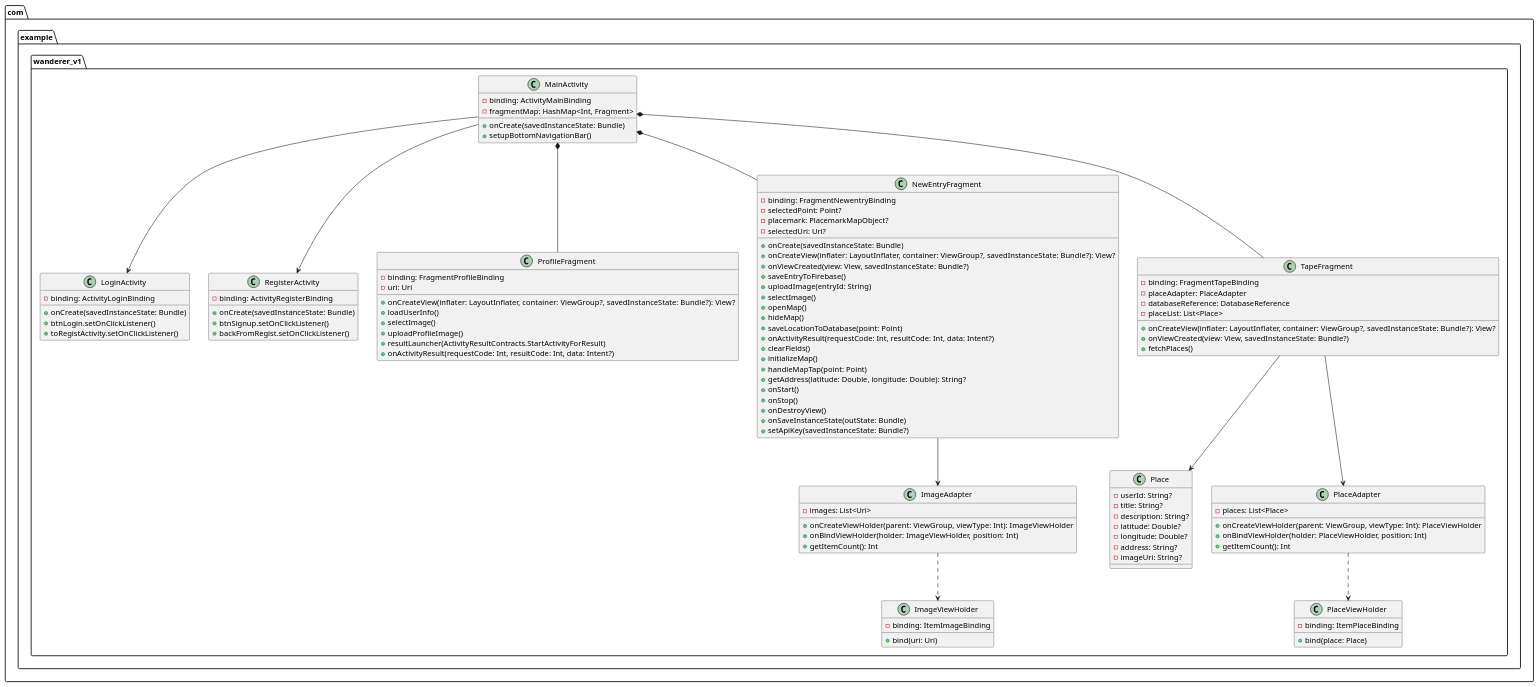
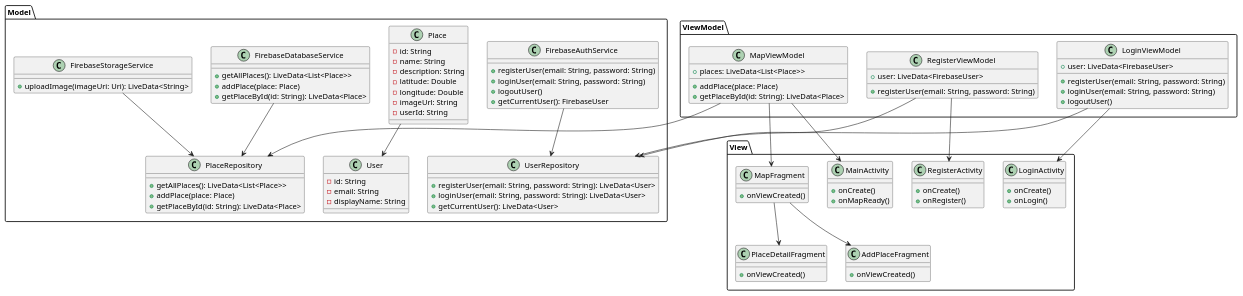
One commit to SergeyShchur/wanderer_v1 changed the diagram in app/src/main/java/com/example/wanderer_v1/uml/class_diagram.puml. Above: the diagram before and after it, drawn with PlantUML. The commit also changed other lines of this file and 22 other files, not shown here.

```diff
--- a/app/src/main/java/com/example/wanderer_v1/uml/class_diagram.puml
+++ b/app/src/main/java/com/example/wanderer_v1/uml/class_diagram.puml
@@ -1,123 +1,113 @@
 @startuml
 
-package com.example.wanderer_v1 {
-    class MainActivity {
-        - binding: ActivityMainBinding
-        - fragmentMap: HashMap<Int, Fragment>
-        + onCreate(savedInstanceState: Bundle)
-        + setupBottomNavigationBar()
-    }
+package "Model" {
+  class Place {
+    - id: String
+    - name: String
+    - description: String
+    - latitude: Double
+    - longitude: Double
+    - imageUrl: String
+    - userId: String
+  }
 
-    class LoginActivity {
-        - binding: ActivityLoginBinding
-        + onCreate(savedInstanceState: Bundle)
-        + btnLogin.setOnClickListener()
-        + toRegistActivity.setOnClickListener()
-    }
+  class User {
+    - id: String
+    - email: String
+    - displayName: String
+  }
 
-    class RegisterActivity {
-        - binding: ActivityRegisterBinding
-        + onCreate(savedInstanceState: Bundle)
-        + btnSignup.setOnClickListener()
-        + backFromRegist.setOnClickListener()
-    }
+  class PlaceRepository {
+    + getAllPlaces(): LiveData<List<Place>>
+    + addPlace(place: Place)
+    + getPlaceById(id: String): LiveData<Place>
+  }
 
-    class ProfileFragment {
-        - binding: FragmentProfileBinding
-        - uri: Uri
-        + onCreateView(inflater: LayoutInflater, container: ViewGroup?, savedInstanceState: Bundle?): View?
-        + loadUserInfo()
-        + selectImage()
-        + uploadProfileImage()
-        + resultLauncher(ActivityResultContracts.StartActivityForResult)
-        + onActivityResult(requestCode: Int, resultCode: Int, data: Intent?)
-    }
+  class UserRepository {
+    + registerUser(email: String, password: String): LiveData<User>
+    + loginUser(email: String, password: String): LiveData<User>
+    + getCurrentUser(): LiveData<User>
+  }
 
-    class NewEntryFragment {
-        - binding: FragmentNewentryBinding
-        - selectedPoint: Point?
-        - placemark: PlacemarkMapObject?
-        - selectedUri: Uri?
-        + onCreate(savedInstanceState: Bundle)
-        + onCreateView(inflater: LayoutInflater, container: ViewGroup?, savedInstanceState: Bundle?): View?
-        + onViewCreated(view: View, savedInstanceState: Bundle?)
-        + saveEntryToFirebase()
-        + uploadImage(entryId: String)
-        + selectImage()
-        + openMap()
-        + hideMap()
-        + saveLocationToDatabase(point: Point)
-        + onActivityResult(requestCode: Int, resultCode: Int, data: Intent?)
-        + clearFields()
-        + initializeMap()
-        + handleMapTap(point: Point)
-        + getAddress(latitude: Double, longitude: Double): String?
-        + onStart()
-        + onStop()
-        + onDestroyView()
-        + onSaveInstanceState(outState: Bundle)
-        + setApiKey(savedInstanceState: Bundle?)
-    }
+  class FirebaseAuthService {
+    + registerUser(email: String, password: String)
+    + loginUser(email: String, password: String)
+    + logoutUser()
+    + getCurrentUser(): FirebaseUser
+  }
 
-    class Place {
-        - userId: String?
-        - title: String?
-        - description: String?
-        - latitude: Double?
-        - longitude: Double?
-        - address: String?
-        - imageUri: String?
-    }
+  class FirebaseDatabaseService {
+    + getAllPlaces(): LiveData<List<Place>>
+    + addPlace(place: Place)
+    + getPlaceById(id: String): LiveData<Place>
+  }
 
-    class PlaceAdapter {
-        - places: List<Place>
-        + onCreateViewHolder(parent: ViewGroup, viewType: Int): PlaceViewHolder
-        + onBindViewHolder(holder: PlaceViewHolder, position: Int)
-        + getItemCount(): Int
-    }
-
-    class PlaceViewHolder {
-        - binding: ItemPlaceBinding
-        + bind(place: Place)
-    }
-
-    class TapeFragment {
-        - binding: FragmentTapeBinding
-        - placeAdapter: PlaceAdapter
-        - databaseReference: DatabaseReference
-        - placeList: List<Place>
-        + onCreateView(inflater: LayoutInflater, container: ViewGroup?, savedInstanceState: Bundle?): View?
-        + onViewCreated(view: View, savedInstanceState: Bundle?)
-        + fetchPlaces()
-    }
-
-    class ImageAdapter {
-        - images: List<Uri>
-        + onCreateViewHolder(parent: ViewGroup, viewType: Int): ImageViewHolder
-        + onBindViewHolder(holder: ImageViewHolder, position: Int)
-        + getItemCount(): Int
-    }
-
-    class ImageViewHolder {
-        - binding: ItemImageBinding
-        + bind(uri: Uri)
-    }
+  class FirebaseStorageService {
+    + uploadImage(imageUri: Uri): LiveData<String>
+  }
 }
 
-MainActivity --> LoginActivity
-MainActivity --> RegisterActivity
-MainActivity *-- NewEntryFragment
-MainActivity *-- ProfileFragment
-MainActivity *-- TapeFragment
+package "ViewModel" {
+  class MapViewModel {
+    + places: LiveData<List<Place>>
+    + addPlace(place: Place)
+    + getPlaceById(id: String): LiveData<Place>
+  }
 
-NewEntryFragment --> ImageAdapter
+  class LoginViewModel {
+    + user: LiveData<FirebaseUser>
+    + registerUser(email: String, password: String)
+    + loginUser(email: String, password: String)
+    + logoutUser()
+  }
 
+  class RegisterViewModel {
+    + user: LiveData<FirebaseUser>
+    + registerUser(email: String, password: String)
+  }
+}
 
-TapeFragment --> Place
-TapeFragment --> PlaceAdapter
+package "View" {
+  class MainActivity {
+    + onCreate()
+    + onMapReady()
+  }
 
-PlaceAdapter ..> PlaceViewHolder
+  class LoginActivity {
+    + onCreate()
+    + onLogin()
+  }
 
-ImageAdapter ..> ImageViewHolder
+  class RegisterActivity {
+    + onCreate()
+    + onRegister()
+  }
+
+  class MapFragment {
+    + onViewCreated()
+  }
+
+  class PlaceDetailFragment {
+    + onViewCreated()
+  }
+
+  class AddPlaceFragment {
+    + onViewCreated()
+  }
+}
+
+Model.FirebaseAuthService --> Model.UserRepository
+Model.FirebaseDatabaseService --> Model.PlaceRepository
+Model.FirebaseStorageService --> Model.PlaceRepository
+ViewModel.MapViewModel --> Model.PlaceRepository
+ViewModel.LoginViewModel --> Model.UserRepository
+ViewModel.RegisterViewModel --> Model.UserRepository
+ViewModel.MapViewModel --> View.MapFragment
+ViewModel.MapViewModel --> View.MainActivity
+ViewModel.LoginViewModel --> View.LoginActivity
+ViewModel.RegisterViewModel --> View.RegisterActivity
+View.MapFragment --> View.PlaceDetailFragment
+View.MapFragment --> View.AddPlaceFragment
+Model.Place --> Model.User
 
 @enduml
```
